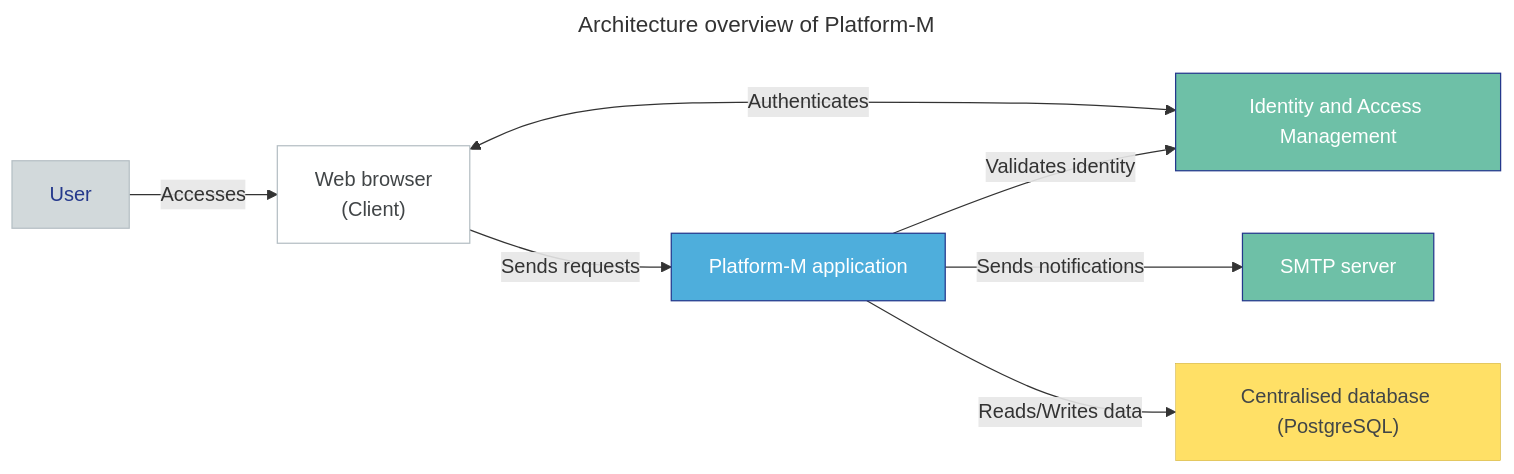
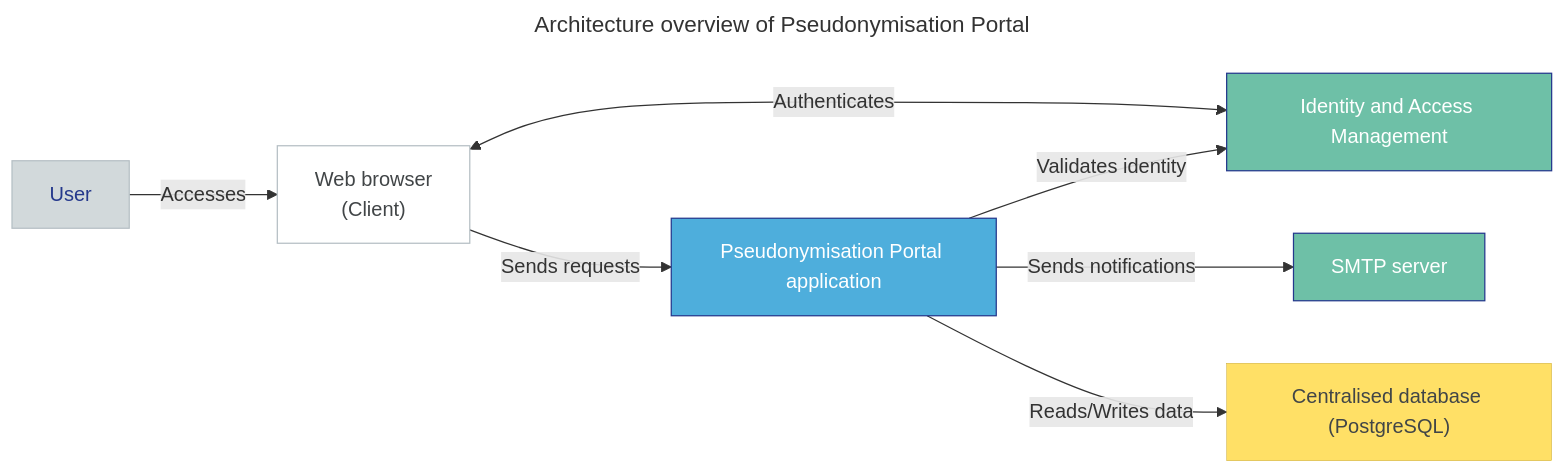
Before and after one commit to rhocela/platform-m: the diagram in docs-system-admin/architecture-overview.md, drawn with Mermaid. The commit also changed other lines of this file and 50 other files, not shown here.

````diff
--- a/docs-system-admin/architecture-overview.md
+++ b/docs-system-admin/architecture-overview.md
@@ -11,27 +11,27 @@
 ```mermaid
 ---
-title: "Architecture overview of Platform-M"
+title: "Architecture overview of Pseudonymisation Portal"
 ---
 
 flowchart LR
     User["User"]
     Browser["Web browser <br/> (Client)"]
-    MetaApp["Platform-M application"]
+    MetaApp["Pseudonymisation Portal application"]
     IAM["Identity and Access Management"]
     SMTP["SMTP server"]
     DB["Centralised database (PostgreSQL)"]
 
     User -- "Accesses" --> Browser
     Browser -- "Sends requests" --> MetaApp
     Browser -- "Authenticates" <--> IAM
     MetaApp -- "Validates identity" --> IAM
     MetaApp -- "Sends notifications" --> SMTP
     MetaApp -- "Reads/Writes data" --> DB
 
     style User fill:#D2D9DB,color:#24388C,stroke:#B5BFC4
     style MetaApp fill:#4EAEDC,color:#FFFFFF,stroke:#24388C
     style Browser fill:#FFFFFF,color:#414547,stroke:#B5BFC4
     style IAM fill:#6EC0A7,color:#FFFFFF,stroke:#24388C
     style SMTP fill:#6EC0A7,color:#FFFFFF,stroke:#24388C
     style DB fill:#FFE066,color:#414547,stroke:#B8941A,stroke-width:0.3px
 ```
````
